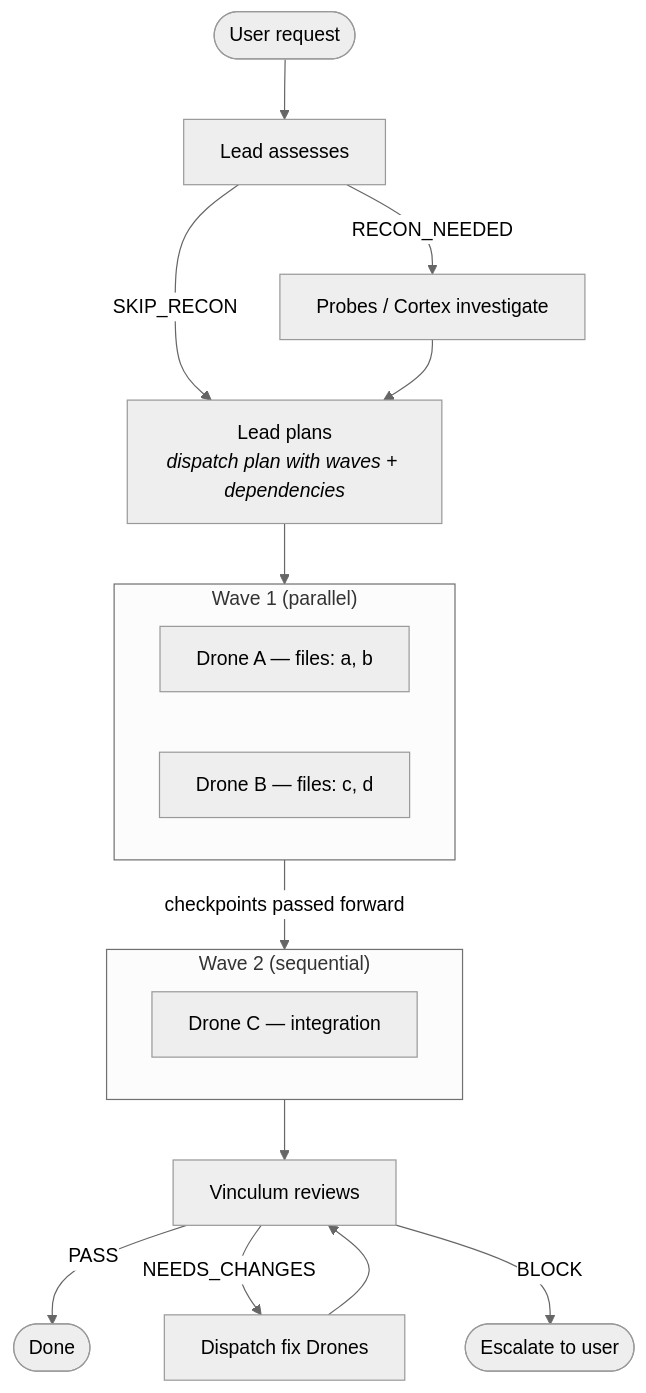
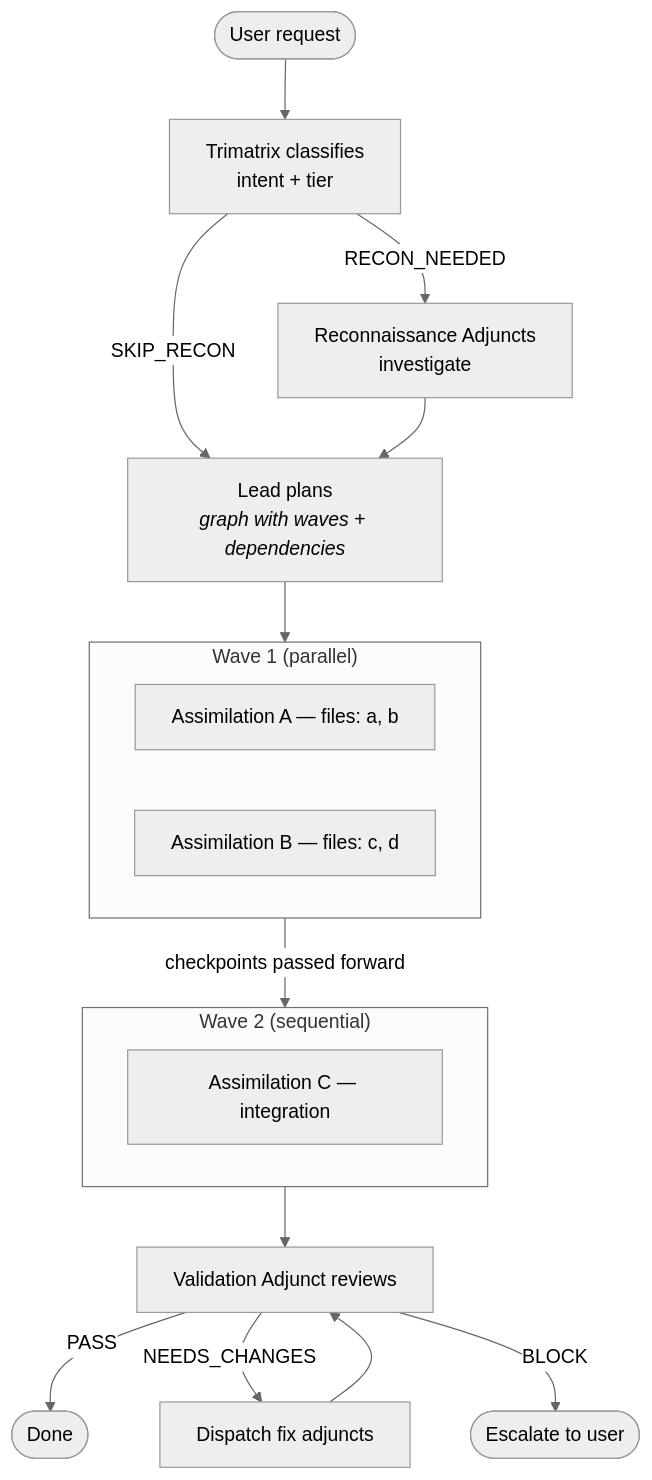
One commit to benediktms/unimatrix changed the fourth of 10 diagrams in README.md. Above: the diagram before and after it, drawn with Mermaid (neutral theme). The commit also changed other lines of this file and 1 other file, not shown here.

````diff
--- a/README.md
+++ b/README.md
@@ -202,30 +245,30 @@
 ```mermaid
 flowchart TD
     Request([User request])
-    Request --> Assess
+    Request --> Classify
 
-    Assess["Lead assesses"]
-    Assess -->|RECON_NEEDED| Recon["Probes / Cortex investigate"]
-    Assess -->|SKIP_RECON| Plan
+    Classify["Trimatrix classifies<br/>intent + tier"]
+    Classify -->|RECON_NEEDED| Recon["Reconnaissance Adjuncts<br/>investigate"]
+    Classify -->|SKIP_RECON| Plan
 
-    Recon --> Plan["Lead plans<br/><i>dispatch plan with waves + dependencies</i>"]
+    Recon --> Plan["Lead plans<br/><i>graph with waves + dependencies</i>"]
 
     Plan --> Wave1
 
     subgraph Wave1 ["Wave 1 (parallel)"]
-        DroneA["Drone A — files: a, b"]
-        DroneB["Drone B — files: c, d"]
+        AdjA["Assimilation A — files: a, b"]
+        AdjB["Assimilation B — files: c, d"]
     end
 
     Wave1 -->|checkpoints passed forward| Wave2
 
     subgraph Wave2 ["Wave 2 (sequential)"]
-        DroneC["Drone C — integration"]
+        AdjC["Assimilation C — integration"]
     end
 
-    Wave2 --> Review["Vinculum reviews"]
+    Wave2 --> Review["Validation Adjunct reviews"]
     Review -->|PASS| Done([Done])
-    Review -->|NEEDS_CHANGES| Fix["Dispatch fix Drones"]
+    Review -->|NEEDS_CHANGES| Fix["Dispatch fix adjuncts"]
     Review -->|BLOCK| Escalate([Escalate to user])
     Fix --> Review
 ```
````
